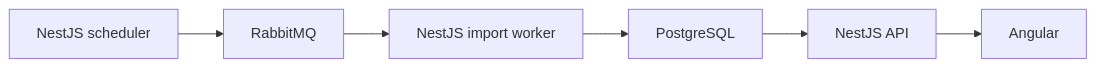
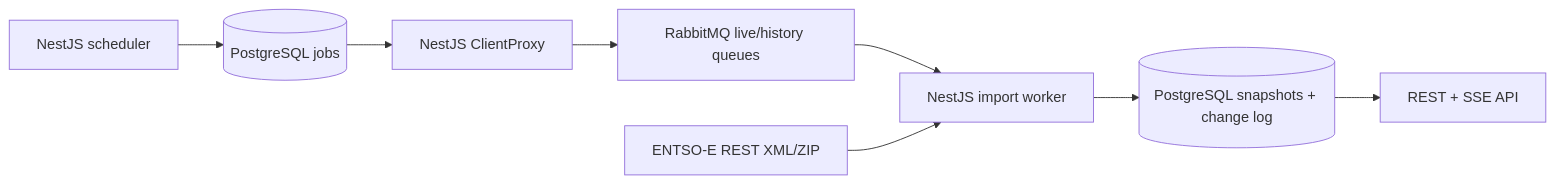
One commit to Celtian/power-market-dashboard changed the diagram in README.md. Above: the diagram before and after it, drawn with Mermaid. The commit also changed other lines of this file and 85 other files, not shown here.

````diff
--- a/README.md
+++ b/README.md
@@ -11,8 +7,10 @@
 ```mermaid
 flowchart LR
-    scheduler[NestJS scheduler] --> rabbitmq[RabbitMQ]
-    rabbitmq --> worker[NestJS import worker]
-    worker --> postgresql[PostgreSQL]
-    postgresql --> api[NestJS API]
-    api --> angular[Angular]
+  scheduler[NestJS scheduler] --> jobs[(PostgreSQL jobs)]
+  jobs --> publisher[NestJS ClientProxy]
+  publisher --> rabbit[RabbitMQ live/history queues]
+  rabbit --> worker[NestJS import worker]
+  source[ENTSO-E REST XML/ZIP] --> worker
+  worker --> snapshots[(PostgreSQL snapshots + change log)]
+  snapshots --> api[REST + SSE API]
 ```
````
